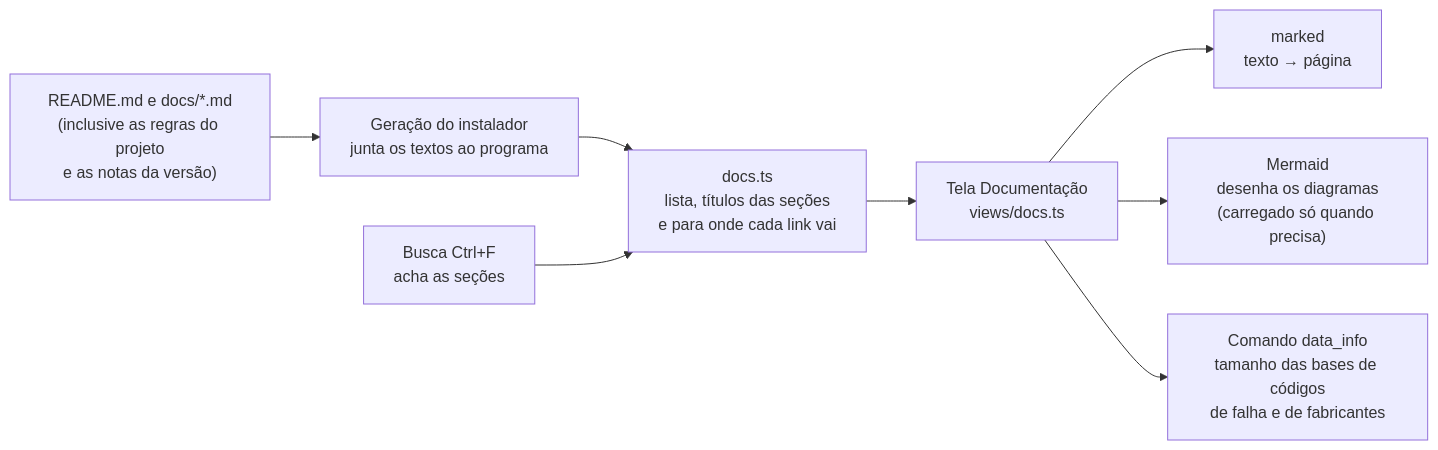
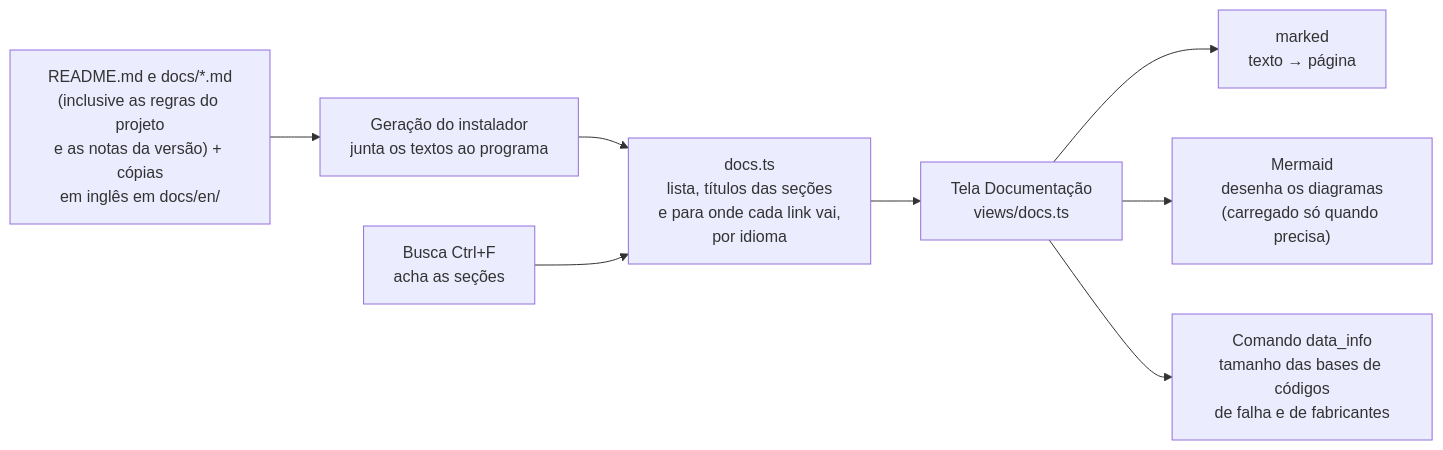
Diagram 12 of 22 in docs/DIAGRAMAS.md (samuvieceli/obd2-scanner), drawn with Mermaid before and after one commit. The commit also changed other lines of this file and 22 other files, not shown here.

First line of the commit message:
Documentação completa em pt-BR, en-US e en-GB (docs/en, tela Documentação por idioma, regra T19) (#53)

````diff
--- a/docs/DIAGRAMAS.md
+++ b/docs/DIAGRAMAS.md
@@ -374,15 +374,15 @@
 ```mermaid
 flowchart LR
-    files["README.md e docs/*.md<br/>(inclusive as regras do projeto<br/>e as notas da versão)"]
+    files["README.md e docs/*.md<br/>(inclusive as regras do projeto<br/>e as notas da versão) + cópias<br/>em inglês em docs/en/"]
     build["Geração do instalador<br/>junta os textos ao programa"]
-    docsmod["docs.ts<br/>lista, títulos das seções<br/>e para onde cada link vai"]
+    docsmod["docs.ts<br/>lista, títulos das seções<br/>e para onde cada link vai,<br/>por idioma"]
     view["Tela Documentação<br/>views/docs.ts"]
     marked["marked<br/>texto → página"]
     mermaid["Mermaid<br/>desenha os diagramas<br/>(carregado só quando precisa)"]
     data["Comando data_info<br/>tamanho das bases de códigos<br/>de falha e de fabricantes"]
     search["Busca Ctrl+F<br/>acha as seções"]
     files --> build --> docsmod --> view
     view --> marked & mermaid
     view --> data
     search --> docsmod
 ```
````
